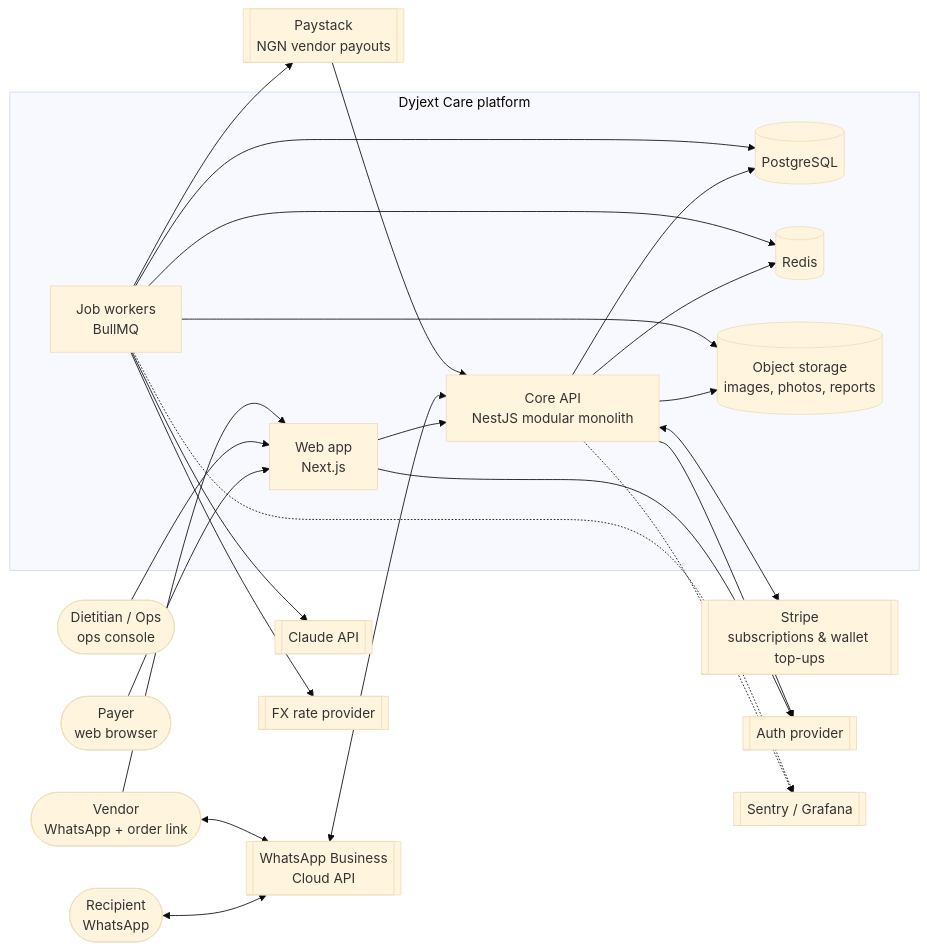
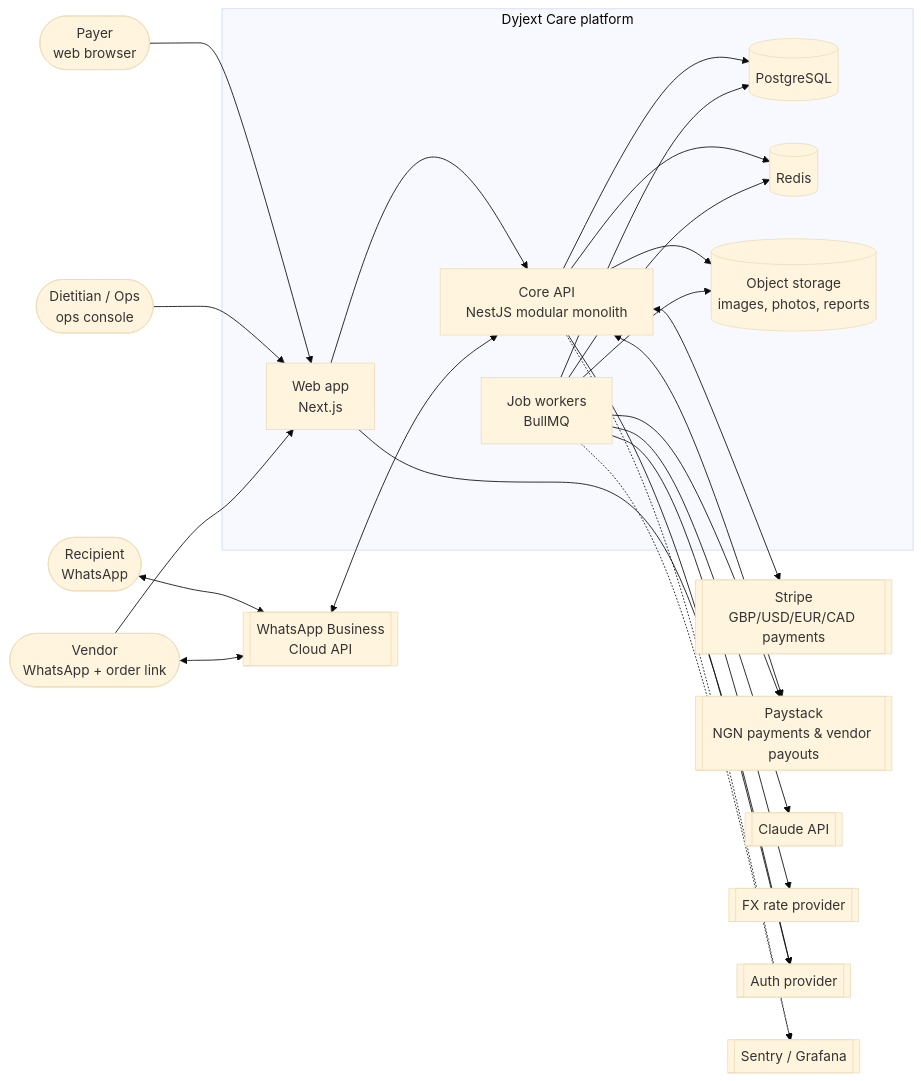
The first of 6 diagrams in docs/ARCHITECTURE.md (ChidiOkoene/Meal_planner-repo), drawn with Mermaid (base theme) before and after one commit. The commit also changed other lines of this file and 2 other files, not shown here.

````diff
--- a/docs/ARCHITECTURE.md
+++ b/docs/ARCHITECTURE.md
@@ -62,47 +65,47 @@
 ```mermaid
 flowchart LR
   Payer([Payer<br/>web browser])
   Parent([Recipient<br/>WhatsApp])
   Vendor([Vendor<br/>WhatsApp + order link])
   Staff([Dietitian / Ops<br/>ops console])
 
   subgraph Dyjext[Dyjext Care platform]
     Web[Web app<br/>Next.js]
     API[Core API<br/>NestJS modular monolith]
     Worker[Job workers<br/>BullMQ]
     DB[(PostgreSQL)]
     Redis[(Redis)]
     Blob[(Object storage<br/>images, photos, reports)]
   end
 
-  Stripe[[Stripe<br/>subscriptions & wallet top-ups]]
-  Paystack[[Paystack<br/>NGN vendor payouts]]
+  Stripe[[Stripe<br/>GBP/USD/EUR/CAD payments]]
+  Paystack[[Paystack<br/>NGN payments & vendor payouts]]
   WA[[WhatsApp Business<br/>Cloud API]]
   LLM[[Claude API]]
   FX[[FX rate provider]]
   Auth[[Auth provider]]
   Sentry[[Sentry / Grafana]]
 
   Payer --> Web
   Staff --> Web
   Web --> API
   API --> DB
   API --> Redis
   Worker --> DB
   Worker --> Redis
   API --> Blob
   Worker --> Blob
   Parent <--> WA
   Vendor <--> WA
   Vendor --> Web
   WA <--> API
   API <--> Stripe
+  API <--> Paystack
   Worker --> Paystack
-  Paystack --> API
   Worker --> LLM
   Worker --> FX
   Web --> Auth
   API --> Auth
   API -.-> Sentry
   Worker -.-> Sentry
 ```
````
